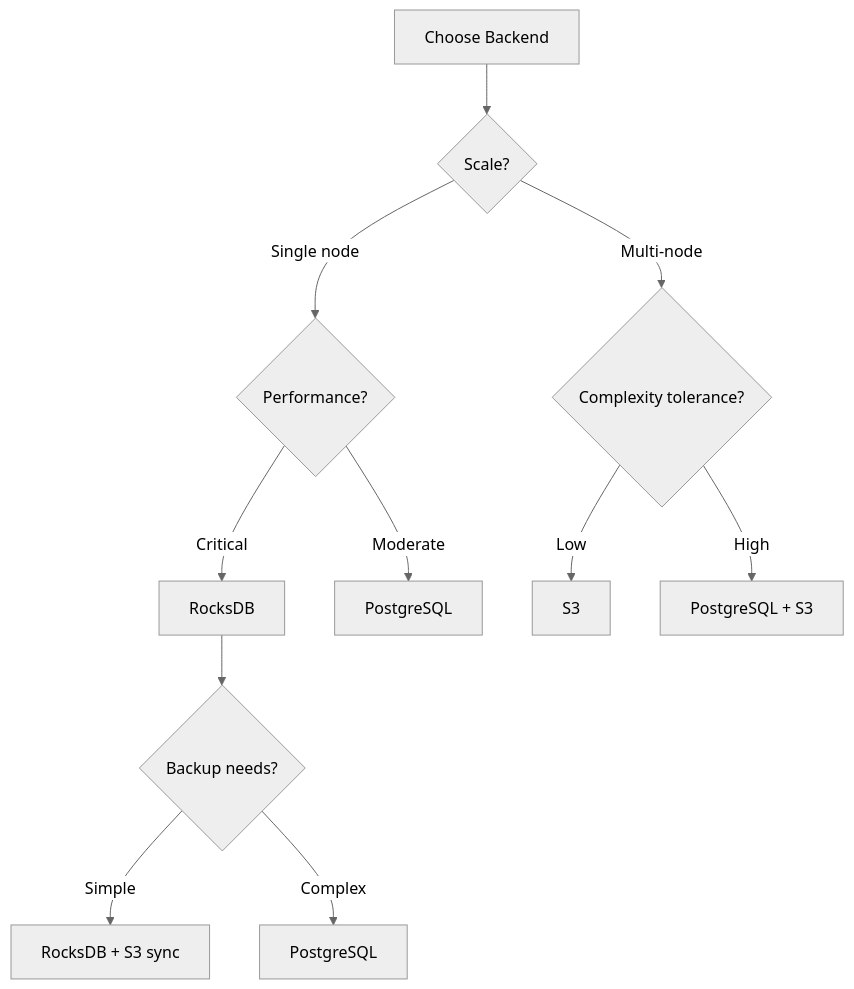
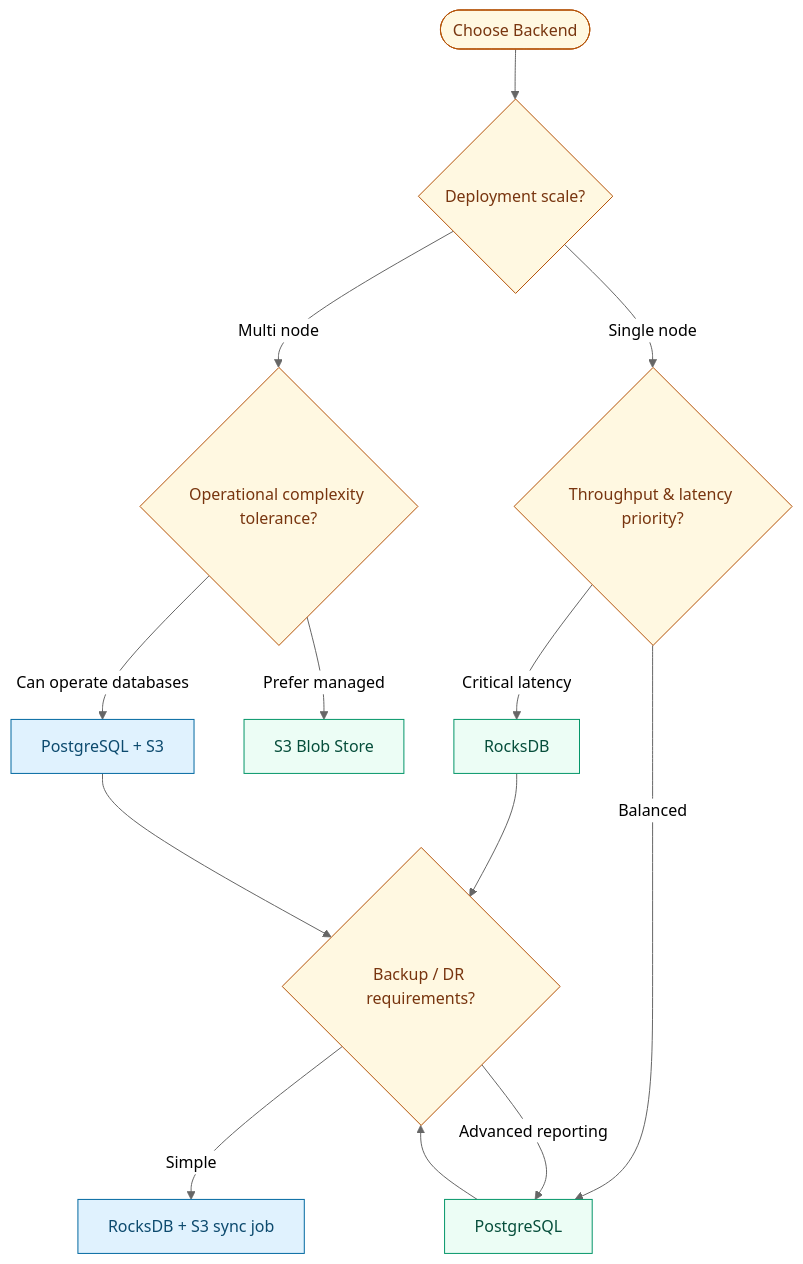
The diagram in docs/runtime/backends.md (AdrielC/graviton), drawn with Mermaid (neutral theme) before and after one commit. The commit also changed 4 other files, not shown here.

Commit message:
Refactor: Improve documentation diagrams and clarity

````diff
--- a/docs/runtime/backends.md
+++ b/docs/runtime/backends.md
@@ -400,16 +400,35 @@
 ```mermaid
-graph TD
-    A[Choose Backend] --> B{Scale?}
-    B -->|Single node| C{Performance?}
-    B -->|Multi-node| D{Complexity tolerance?}
-    
-    C -->|Critical| E[RocksDB]
-    C -->|Moderate| F[PostgreSQL]
-    
-    D -->|Low| G[S3]
-    D -->|High| H[PostgreSQL + S3]
-    
-    E --> I{Backup needs?}
-    I -->|Simple| J[RocksDB + S3 sync]
-    I -->|Complex| K[PostgreSQL]
+flowchart TD
+    classDef decision fill:#fff8e1,stroke:#b45309,color:#78350f;
+    classDef action fill:#ecfdf5,stroke:#059669,color:#064e3b;
+    classDef hybrid fill:#e0f2fe,stroke:#0369a1,color:#0c4a6e;
+
+    start([Choose Backend]):::decision
+    scale{Deployment scale?}:::decision
+    perf{Throughput & latency priority?}:::decision
+    complexity{Operational complexity tolerance?}:::decision
+    backup{Backup / DR requirements?}:::decision
+
+    rocks[RocksDB]:::action
+    postgres[PostgreSQL]:::action
+    s3[S3 Blob Store]:::action
+    hybridNode[PostgreSQL + S3]:::hybrid
+    sync[RocksDB + S3 sync job]:::hybrid
+
+    start --> scale
+    scale -->|Single node| perf
+    scale -->|Multi node| complexity
+
+    perf -->|Critical latency| rocks
+    perf -->|Balanced| postgres
+
+    complexity -->|Prefer managed| s3
+    complexity -->|Can operate databases| hybridNode
+
+    rocks --> backup
+    postgres --> backup
+    hybridNode --> backup
+
+    backup -->|Simple| sync
+    backup -->|Advanced reporting| postgres
 ```
````
